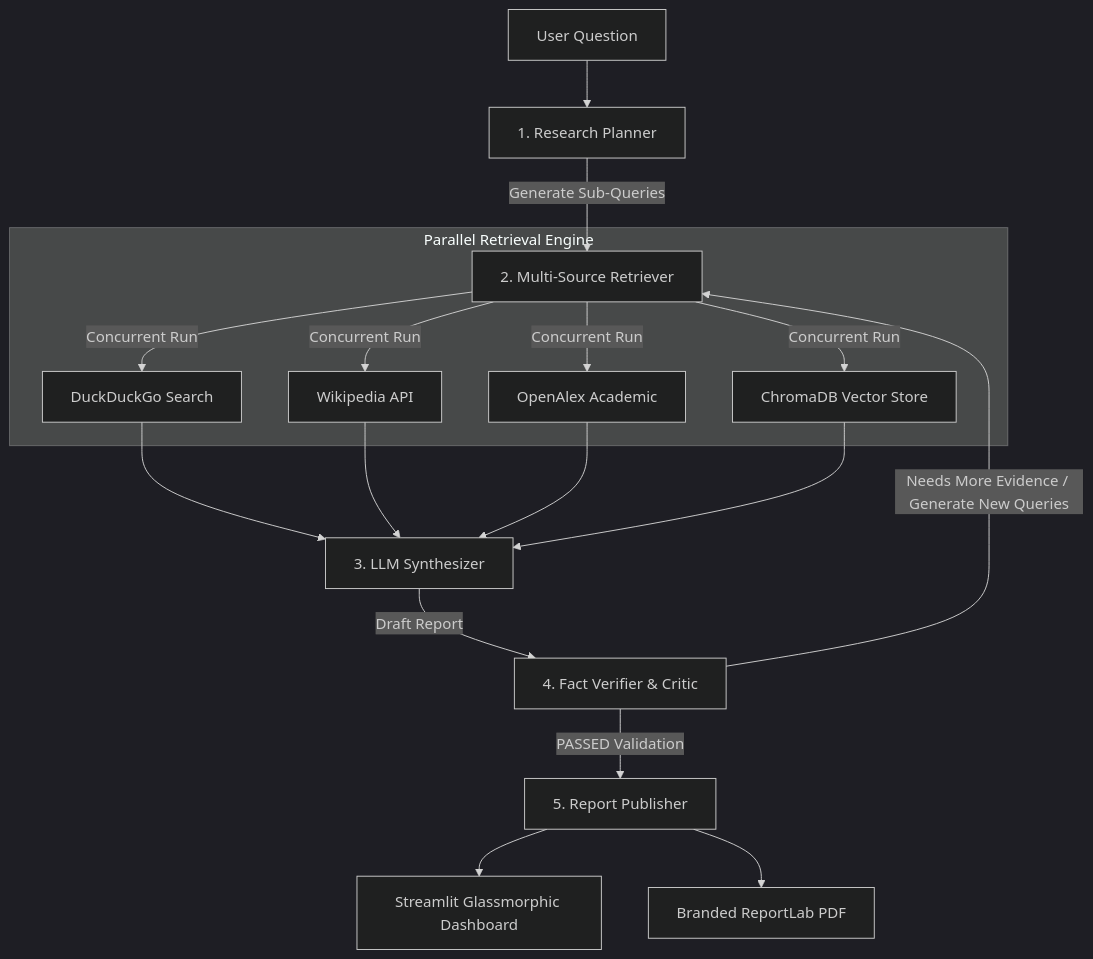
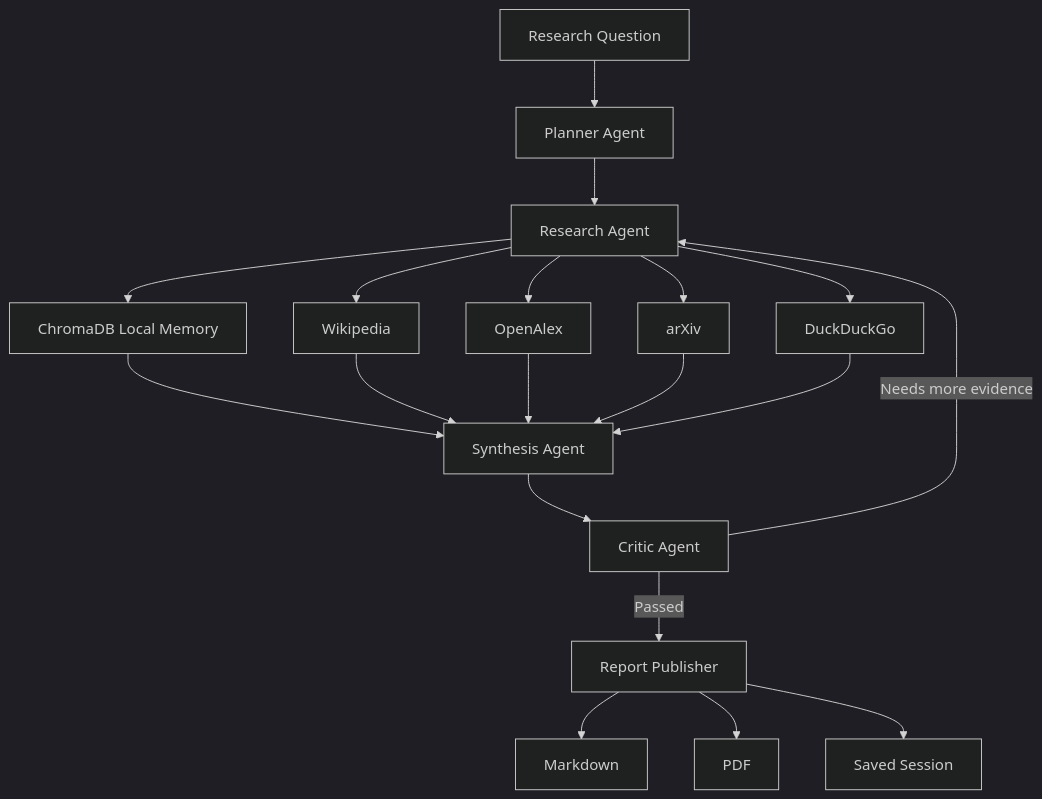
One commit to SWARAJCHATTARAJ/ARIA changed the diagram in README.md. Above: the diagram before and after it, drawn with Mermaid (dark theme). The commit also changed other lines of this file and 11 other files, not shown here.

Commit message:
Add research provenance and session persistence

````diff
--- a/README.md
+++ b/README.md
@@ -23,25 +76,25 @@
 ```mermaid
 graph TD
-    User[User Question] --> Planner[1. Research Planner]
-    Planner -->|Generate Sub-Queries| Retriever[2. Multi-Source Retriever]
-    
-    subgraph Parallel Retrieval Engine
-        Retriever -->|Concurrent Run| WebDDG[DuckDuckGo Search]
-        Retriever -->|Concurrent Run| WebWiki[Wikipedia API]
-        Retriever -->|Concurrent Run| WebAlex[OpenAlex Academic]
-        Retriever -->|Concurrent Run| LocalChroma[ChromaDB Vector Store]
-    end
-    
-    WebDDG --> Synthesizer[3. LLM Synthesizer]
-    WebWiki --> Synthesizer
-    WebAlex --> Synthesizer
-    LocalChroma --> Synthesizer
-    
-    Synthesizer -->|Draft Report| Critic[4. Fact Verifier & Critic]
-    
-    Critic -->|Needs More Evidence / Generate New Queries| Retriever
-    Critic -->|PASSED Validation| Publisher[5. Report Publisher]
-    
-    Publisher --> UI[Streamlit Glassmorphic Dashboard]
-    Publisher --> PDF[Branded ReportLab PDF]
+    User[Research Question] --> Planner[Planner Agent]
+    Planner --> Retriever[Research Agent]
+
+    Retriever --> Local[ChromaDB Local Memory]
+    Retriever --> Wiki[Wikipedia]
+    Retriever --> OpenAlex[OpenAlex]
+    Retriever --> Arxiv[arXiv]
+    Retriever --> DDG[DuckDuckGo]
+
+    Local --> Synth[Synthesis Agent]
+    Wiki --> Synth
+    OpenAlex --> Synth
+    Arxiv --> Synth
+    DDG --> Synth
+
+    Synth --> Critic[Critic Agent]
+    Critic -->|Needs more evidence| Retriever
+    Critic -->|Passed| Publisher[Report Publisher]
+
+    Publisher --> Markdown[Markdown]
+    Publisher --> PDF[PDF]
+    Publisher --> History[Saved Session]
 ```
````
